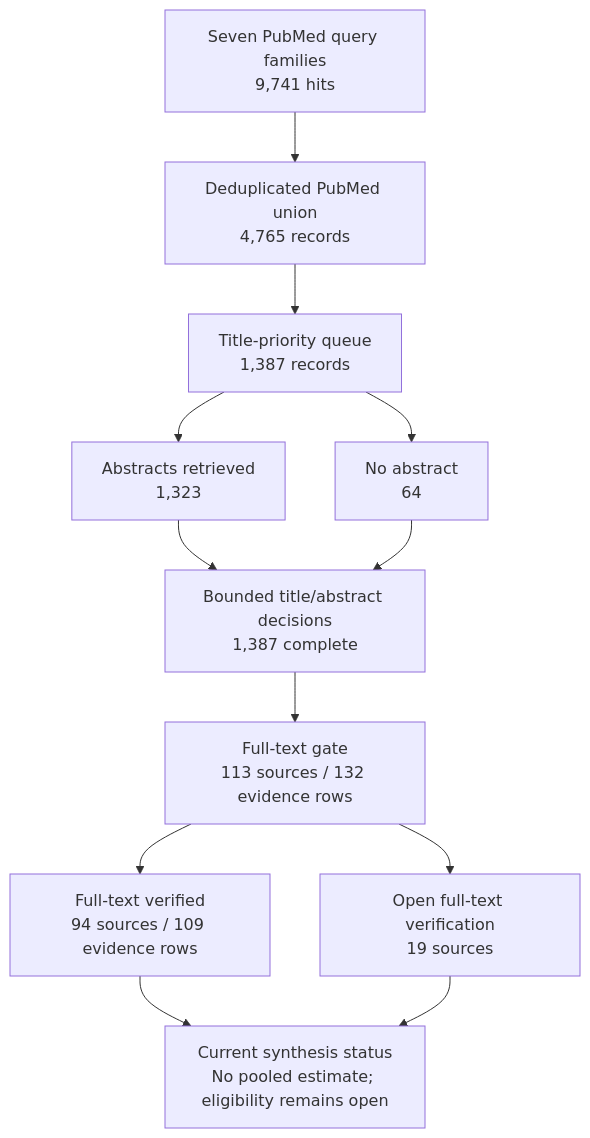
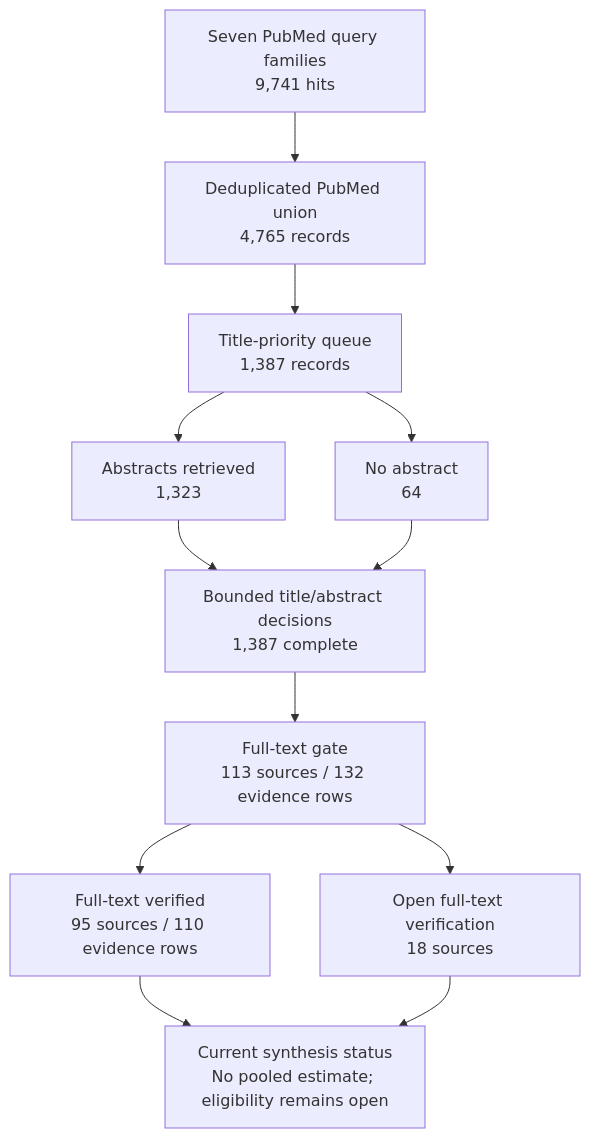
Before and after one commit to dcmcshan/artemisia: the diagram in manuscript/figures/figure-3-review-flow.mmd, drawn with Mermaid. The commit also changed 16 other files, not shown here.

```diff
--- a/manuscript/figures/figure-3-review-flow.mmd
+++ b/manuscript/figures/figure-3-review-flow.mmd
@@ -1,12 +1,12 @@
 flowchart TD
   A["Seven PubMed query families<br/>9,741 hits"] --> B["Deduplicated PubMed union<br/>4,765 records"]
   B --> C["Title-priority queue<br/>1,387 records"]
   C --> D["Abstracts retrieved<br/>1,323"]
   C --> E["No abstract<br/>64"]
   D --> F["Bounded title/abstract decisions<br/>1,387 complete"]
   E --> F
   F --> G["Full-text gate<br/>113 sources / 132 evidence rows"]
-  G --> H["Full-text verified<br/>94 sources / 109 evidence rows"]
-  G --> I["Open full-text verification<br/>19 sources"]
+  G --> H["Full-text verified<br/>95 sources / 110 evidence rows"]
+  G --> I["Open full-text verification<br/>18 sources"]
   H --> J["Current synthesis status<br/>No pooled estimate; eligibility remains open"]
   I --> J
```
